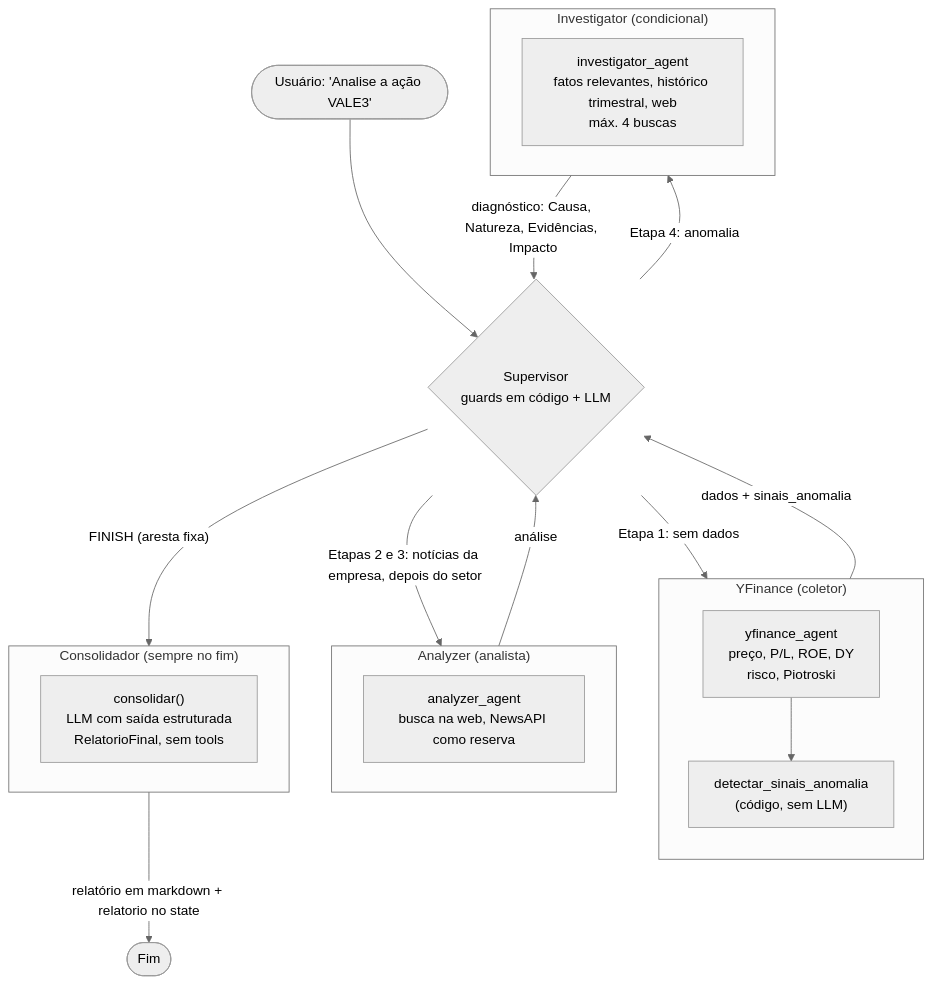
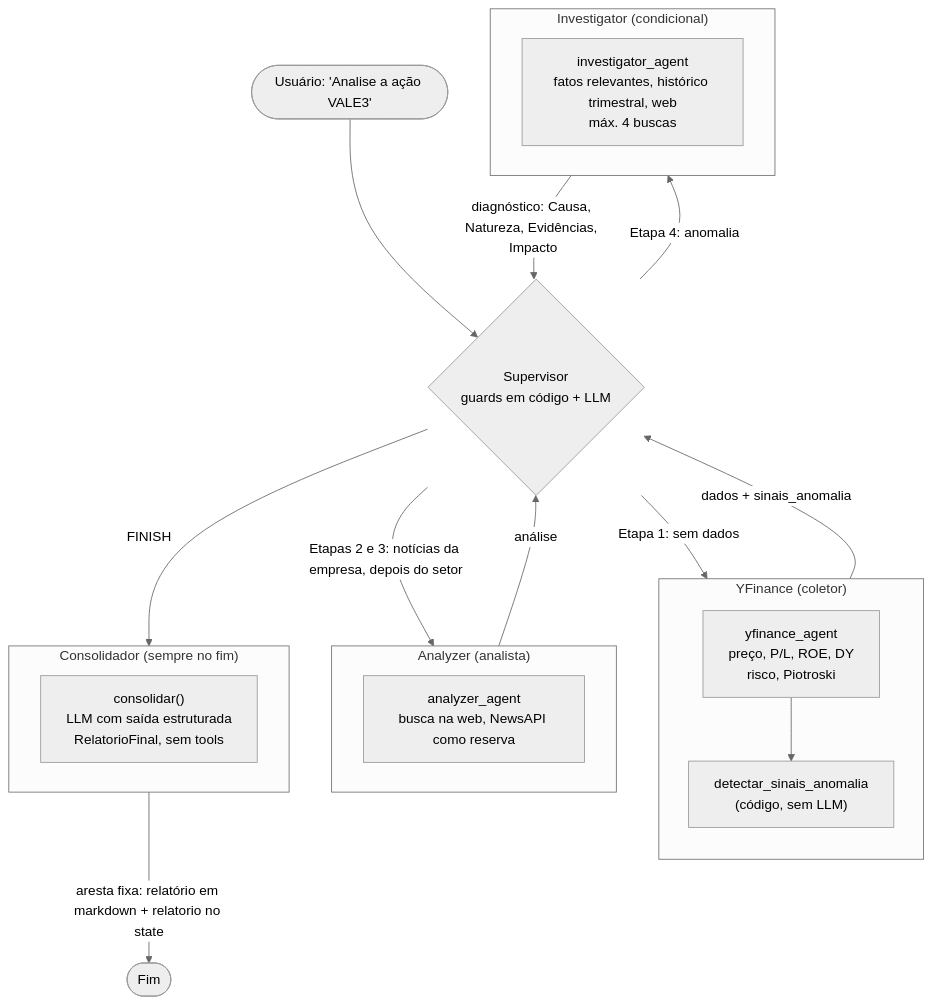
One commit to igorc22/pipeline-inteligencia-financeira-b3 changed the first of 5 diagrams in docs/arquitetura.md. Above: the diagram before and after it, drawn with Mermaid (neutral theme). The commit also changed other lines of this file and 1 other file, not shown here.

Commit message:
docs: rótulo da aresta fixa no diagrama e revisão pendente do indicador do BCB

````diff
--- a/docs/arquitetura.md
+++ b/docs/arquitetura.md
@@ -13,36 +13,36 @@
 ```mermaid
 flowchart TD
     U(["Usuário: 'Analise a ação VALE3'"]) --> S
 
     S{"Supervisor<br/>guards em código + LLM"}
 
     S -->|"Etapa 1: sem dados"| Y
     S -->|"Etapas 2 e 3: notícias da empresa, depois do setor"| A
     S -->|"Etapa 4: anomalia"| I
-    S -->|"FINISH (aresta fixa)"| C
+    S -->|"FINISH"| C
 
     subgraph Y["YFinance (coletor)"]
         direction TB
         Y1["yfinance_agent<br/>preço, P/L, ROE, DY<br/>risco, Piotroski"]
         Y2["detectar_sinais_anomalia<br/>(código, sem LLM)"]
         Y1 --> Y2
     end
 
     subgraph A["Analyzer (analista)"]
         A1["analyzer_agent<br/>busca na web, NewsAPI como reserva"]
     end
 
     subgraph I["Investigator (condicional)"]
         I1["investigator_agent<br/>fatos relevantes, histórico trimestral, web<br/>máx. 4 buscas"]
     end
 
     subgraph C["Consolidador (sempre no fim)"]
         C1["consolidar()<br/>LLM com saída estruturada<br/>RelatorioFinal, sem tools"]
     end
 
-    C -->|"relatório em markdown + relatorio no state"| F(["Fim"])
+    C -->|"aresta fixa: relatório em markdown + relatorio no state"| F(["Fim"])
 
     Y -->|"dados + sinais_anomalia"| S
     A -->|"análise"| S
     I -->|"diagnóstico: Causa, Natureza, Evidências, Impacto"| S
 ```
````
